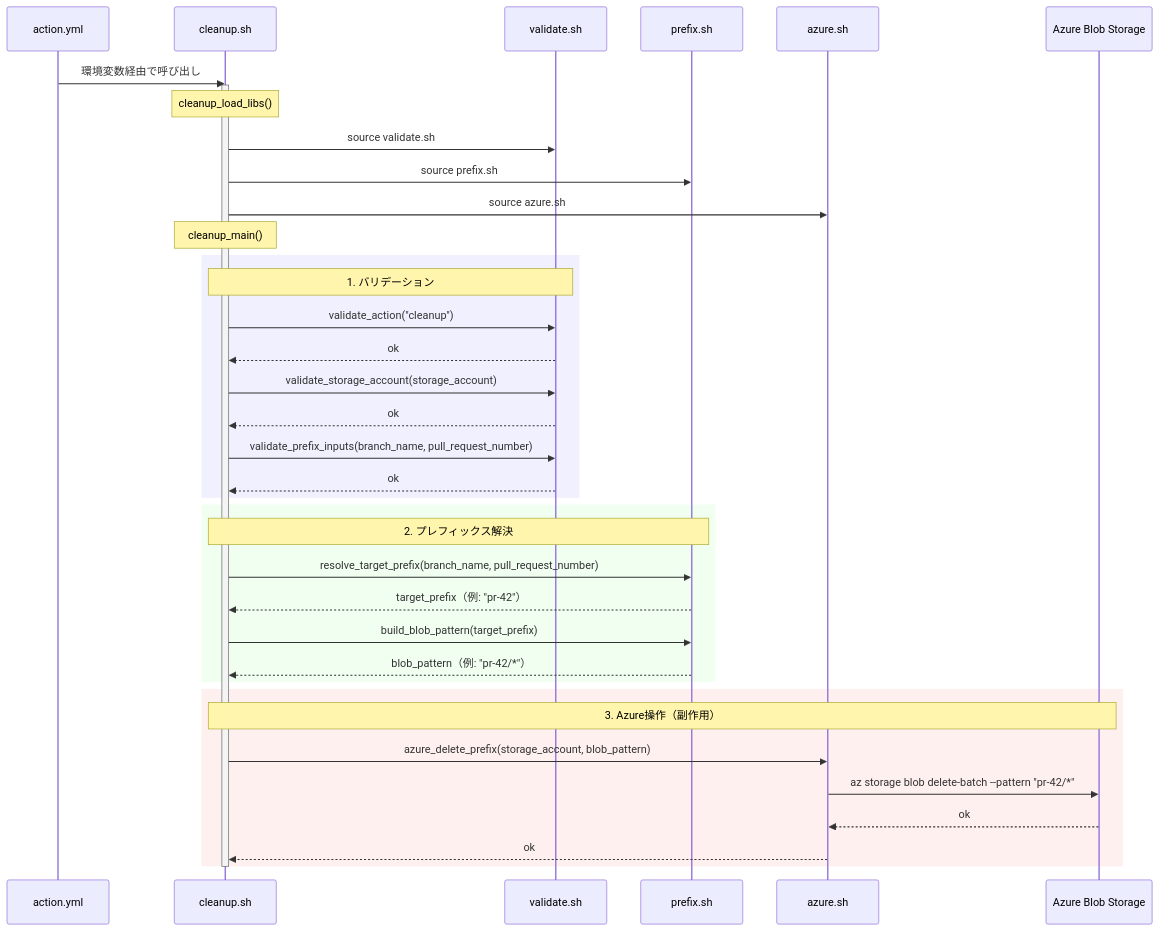
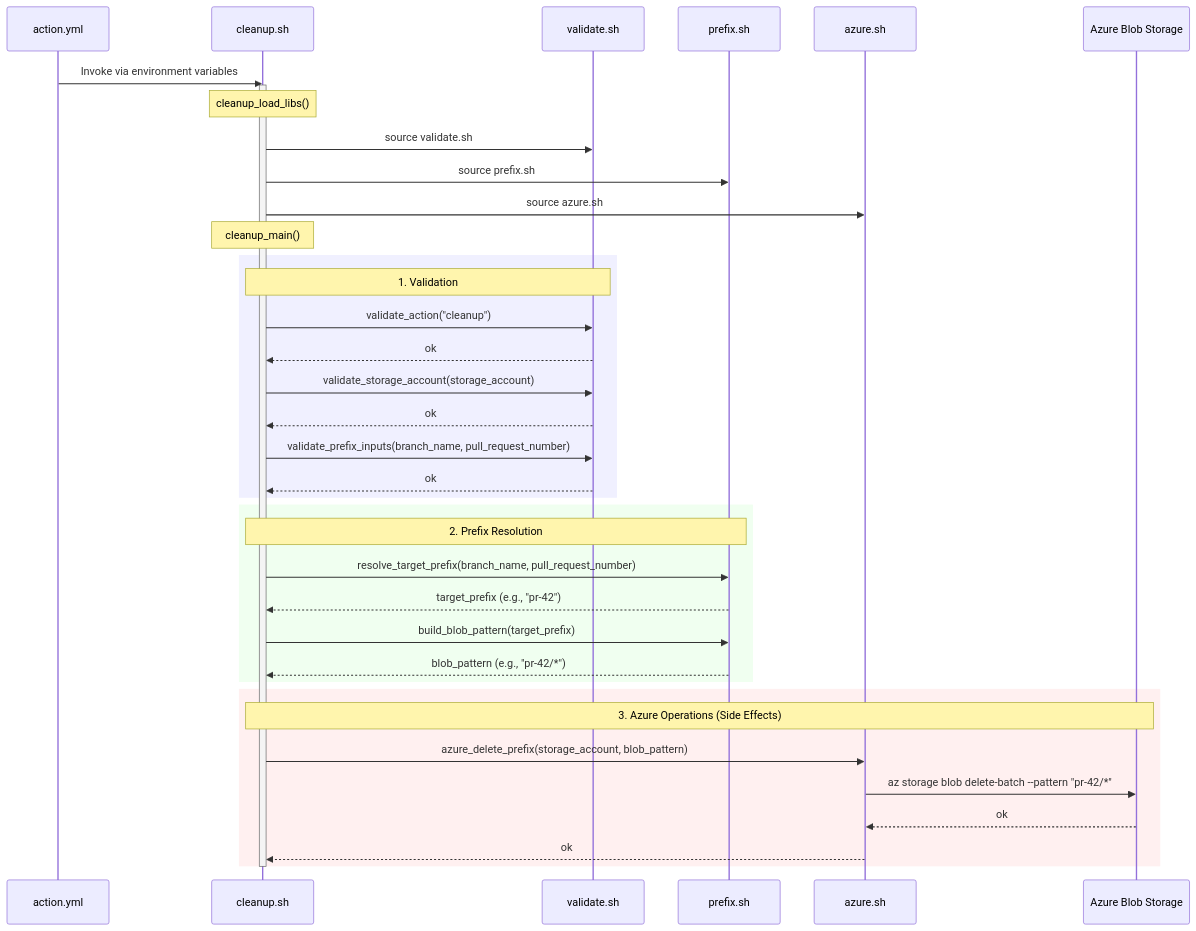
The first of 2 diagrams in docs/cleanup.md (nuitsjp/azure-blob-storage-site-deploy-dev), drawn with Mermaid before and after one commit. The commit also changed other lines of this file and 13 other files, not shown here.

````diff
--- a/docs/cleanup.md
+++ b/docs/cleanup.md
@@ -26,47 +28,47 @@
 ```mermaid
 sequenceDiagram
     participant AY as action.yml
     participant C as cleanup.sh
     participant V as validate.sh
     participant P as prefix.sh
     participant AZ as azure.sh
     participant Blob as Azure Blob Storage
 
-    AY->>C: 環境変数経由で呼び出し
+    AY->>C: Invoke via environment variables
     activate C
 
     Note over C: cleanup_load_libs()
     C->>V: source validate.sh
     C->>P: source prefix.sh
     C->>AZ: source azure.sh
 
     Note over C: cleanup_main()
 
     rect rgb(240, 240, 255)
-        Note over C,V: 1. バリデーション
+        Note over C,V: 1. Validation
         C->>V: validate_action("cleanup")
         V-->>C: ok
         C->>V: validate_storage_account(storage_account)
         V-->>C: ok
         C->>V: validate_prefix_inputs(branch_name, pull_request_number)
         V-->>C: ok
     end
 
     rect rgb(240, 255, 240)
-        Note over C,P: 2. プレフィックス解決
+        Note over C,P: 2. Prefix Resolution
         C->>P: resolve_target_prefix(branch_name, pull_request_number)
-        P-->>C: target_prefix（例: "pr-42"）
+        P-->>C: target_prefix (e.g., "pr-42")
         C->>P: build_blob_pattern(target_prefix)
-        P-->>C: blob_pattern（例: "pr-42/*"）
+        P-->>C: blob_pattern (e.g., "pr-42/*")
     end
 
     rect rgb(255, 240, 240)
-        Note over C,Blob: 3. Azure操作（副作用）
+        Note over C,Blob: 3. Azure Operations (Side Effects)
         C->>AZ: azure_delete_prefix(storage_account, blob_pattern)
         AZ->>Blob: az storage blob delete-batch --pattern "pr-42/*"
         Blob-->>AZ: ok
         AZ-->>C: ok
     end
 
     deactivate C
 ```
````
